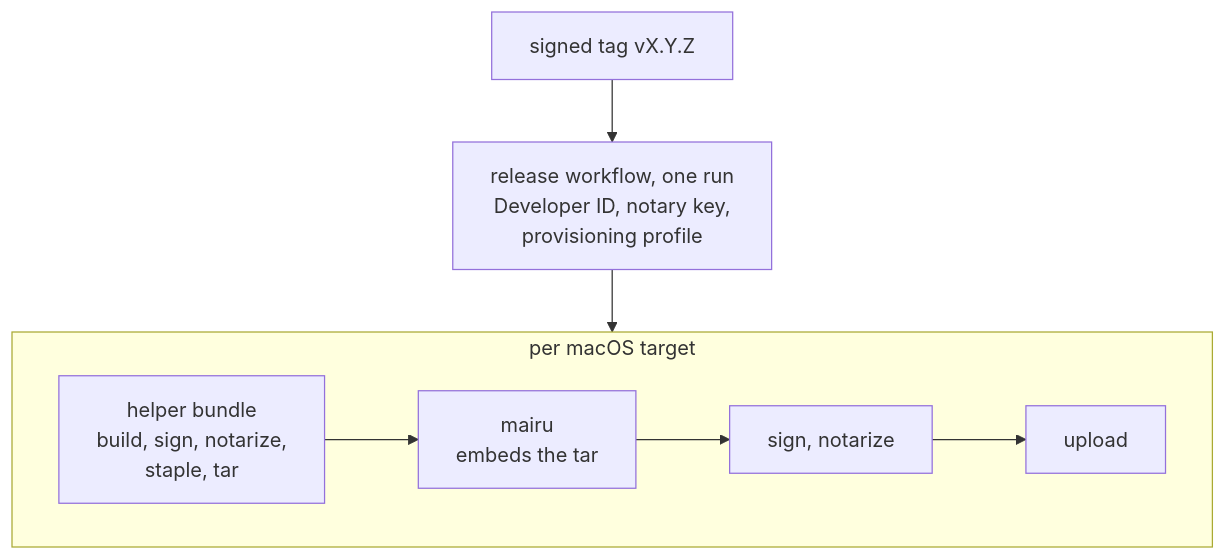
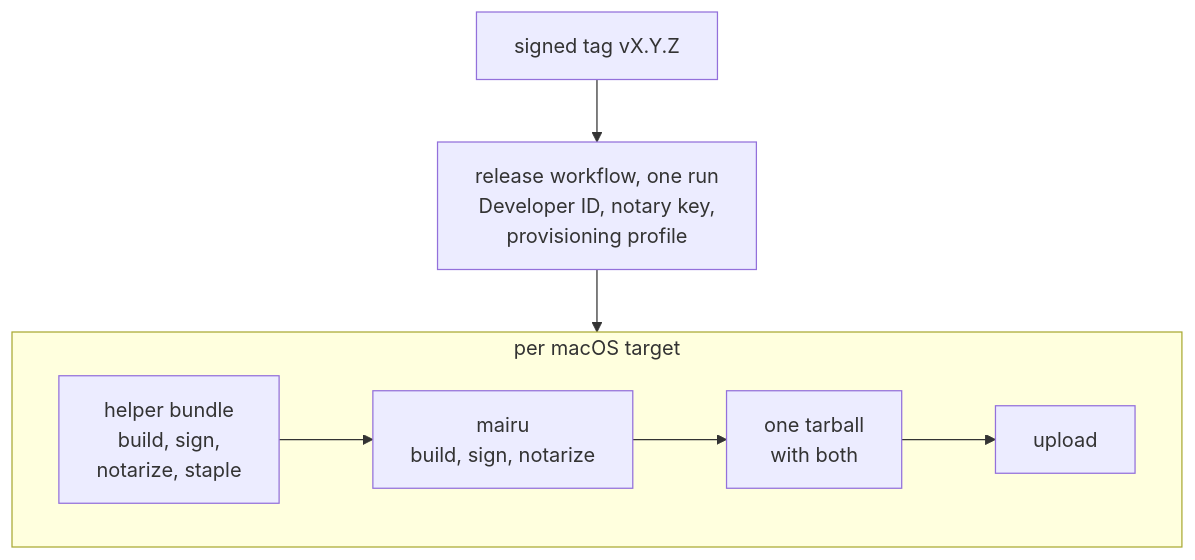
One commit to sorah/mairu changed the second of 2 diagrams in docs/specs/019-macos-platform-helper.md. Above: the diagram before and after it, drawn with Mermaid. The commit also changed other lines of this file and 5 other files, not shown here.

````diff
--- a/docs/specs/019-macos-platform-helper.md
+++ b/docs/specs/019-macos-platform-helper.md
@@ -394,11 +401,11 @@
 ```mermaid
 flowchart TB
   TAG["signed tag vX.Y.Z"] --> WF["release workflow, one run<br/>Developer ID, notary key,<br/>provisioning profile"]
   WF --> T
   subgraph T["per macOS target"]
     direction LR
-    HB["helper bundle<br/>build, sign, notarize,<br/>staple, tar"] --> MB["mairu<br/>embeds the tar"]
-    MB --> MS["sign, notarize"]
-    MS --> UP["upload"]
+    HB["helper bundle<br/>build, sign,<br/>notarize, staple"] --> MB["mairu<br/>build, sign, notarize"]
+    MB --> AR["one tarball<br/>with both"]
+    AR --> UP["upload"]
   end
 ```
````
